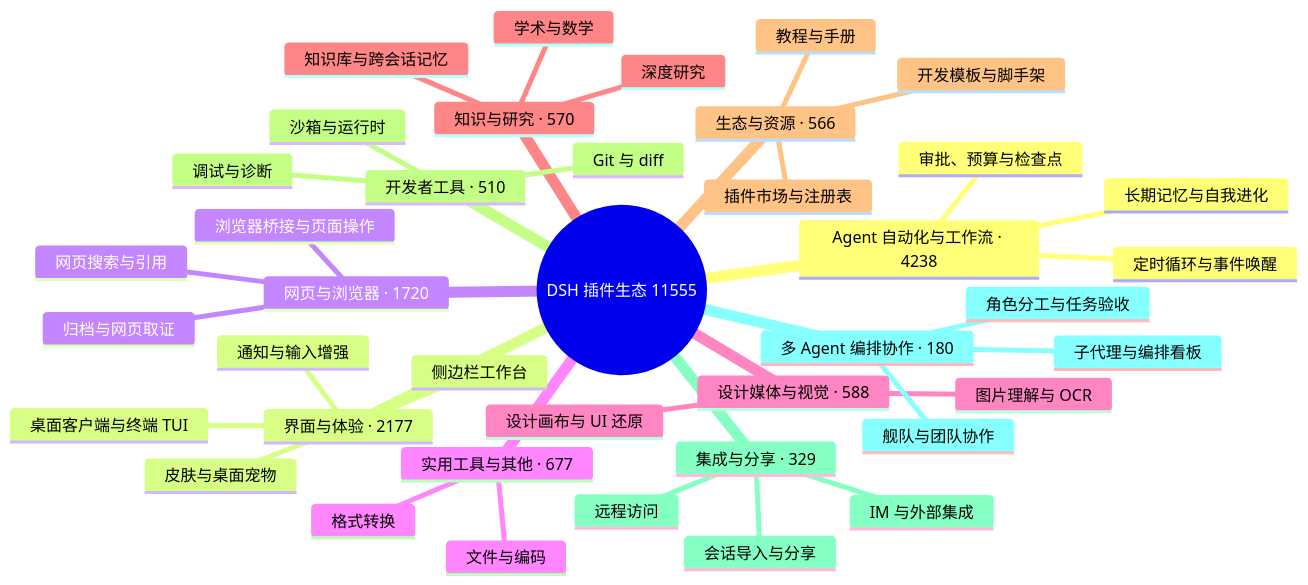
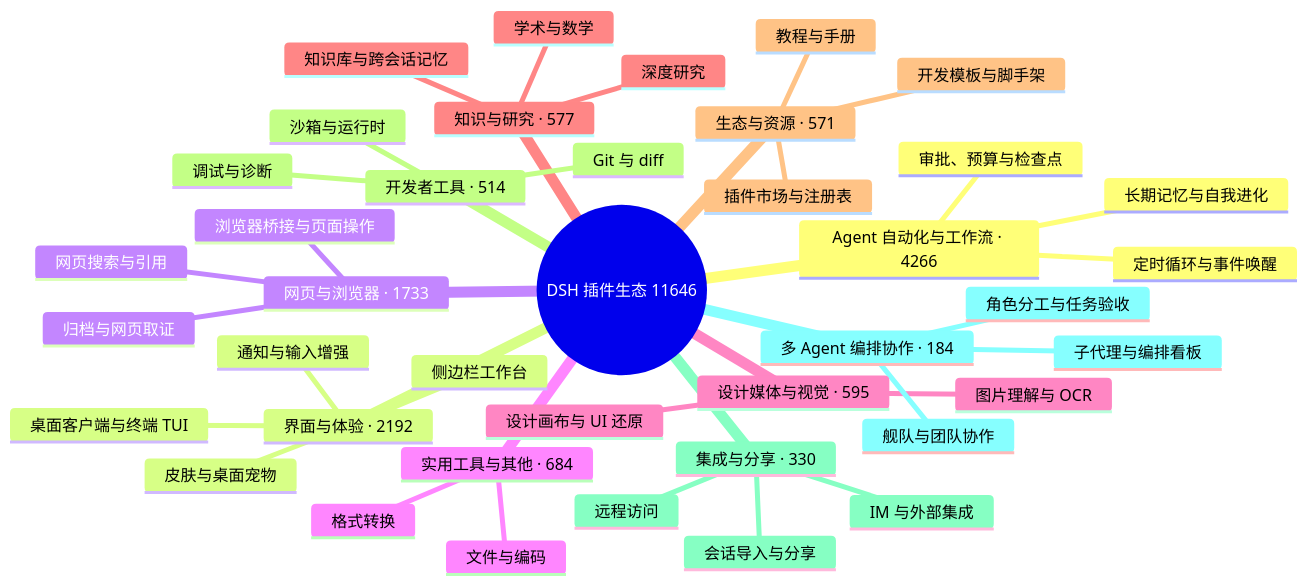
One commit to bruc3van/awesome-dsh-plugin changed the diagram in README.md. Above: the diagram before and after it, drawn with Mermaid. The commit also changed other lines of this file and 21 other files, not shown here.

````diff
--- a/README.md
+++ b/README.md
@@ -33,43 +33,43 @@
 ```mermaid
 mindmap
-  root((DSH 插件生态 11555))
-    Agent 自动化与工作流 · 4238
+  root((DSH 插件生态 11646))
+    Agent 自动化与工作流 · 4266
       定时循环与事件唤醒
       长期记忆与自我进化
       审批、预算与检查点
-    界面与体验 · 2177
+    界面与体验 · 2192
       桌面客户端与终端 TUI
       侧边栏工作台
       皮肤与桌面宠物
       通知与输入增强
-    网页与浏览器 · 1720
+    网页与浏览器 · 1733
       浏览器桥接与页面操作
       网页搜索与引用
       归档与网页取证
-    实用工具与其他 · 677
+    实用工具与其他 · 684
       文件与编码
       格式转换
-    设计媒体与视觉 · 588
+    设计媒体与视觉 · 595
       图片理解与 OCR
       设计画布与 UI 还原
-    知识与研究 · 570
+    知识与研究 · 577
       知识库与跨会话记忆
       深度研究
       学术与数学
-    生态与资源 · 566
+    生态与资源 · 571
       插件市场与注册表
       开发模板与脚手架
       教程与手册
-    开发者工具 · 510
+    开发者工具 · 514
       Git 与 diff
       沙箱与运行时
       调试与诊断
-    集成与分享 · 329
+    集成与分享 · 330
       会话导入与分享
       远程访问
       IM 与外部集成
-    多 Agent 编排协作 · 180
+    多 Agent 编排协作 · 184
       子代理与编排看板
       舰队与团队协作
       角色分工与任务验收
 ```
````
